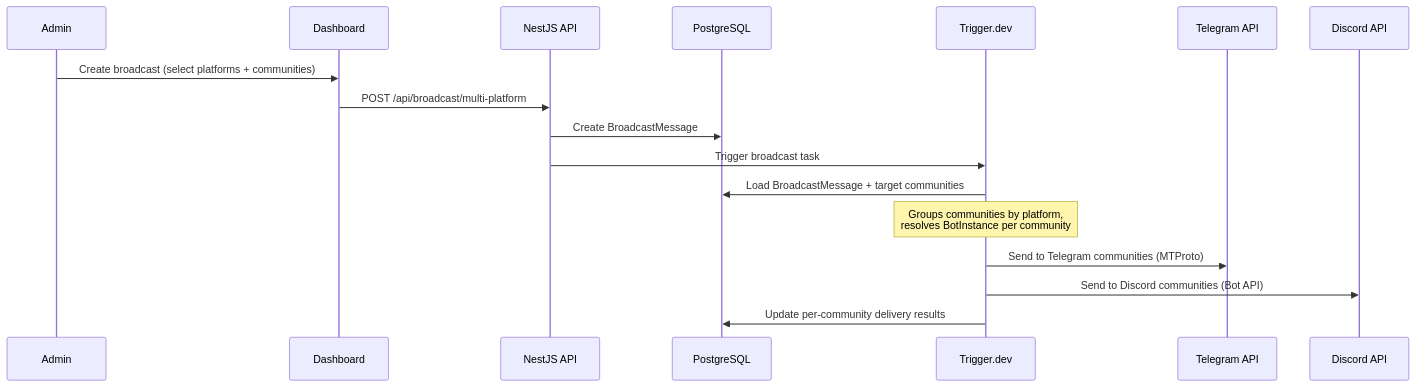
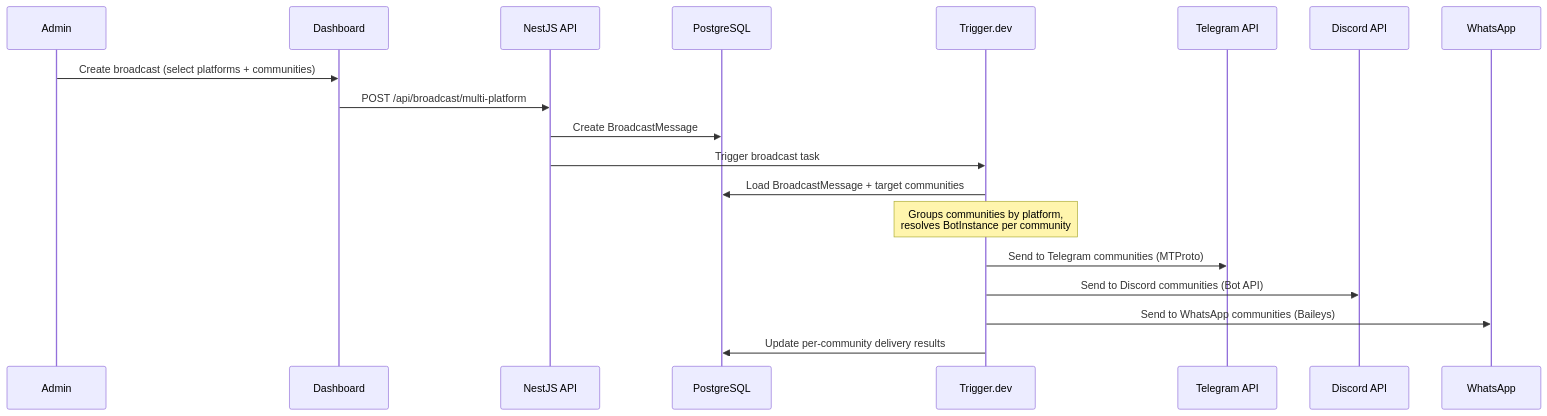
Before and after one commit to kolezka/flowbot: the fourth of 7 diagrams in README.md, drawn with Mermaid. The commit also changed other lines of this file and 1 other file, not shown here.

First line of the commit message:
docs: update README and CLAUDE.md with WhatsApp integration

````diff
--- a/README.md
+++ b/README.md
@@ -166,20 +182,22 @@
 ```mermaid
 sequenceDiagram
     participant A as Admin
     participant FE as Dashboard
     participant API as NestJS API
     participant DB as PostgreSQL
     participant TR as Trigger.dev
     participant TG as Telegram API
     participant DC as Discord API
+    participant WA as WhatsApp
 
     A->>FE: Create broadcast (select platforms + communities)
     FE->>API: POST /api/broadcast/multi-platform
     API->>DB: Create BroadcastMessage
     API->>TR: Trigger broadcast task
     TR->>DB: Load BroadcastMessage + target communities
     Note over TR: Groups communities by platform,<br/>resolves BotInstance per community
     TR->>TG: Send to Telegram communities (MTProto)
     TR->>DC: Send to Discord communities (Bot API)
+    TR->>WA: Send to WhatsApp communities (Baileys)
     TR->>DB: Update per-community delivery results
 ```
````
